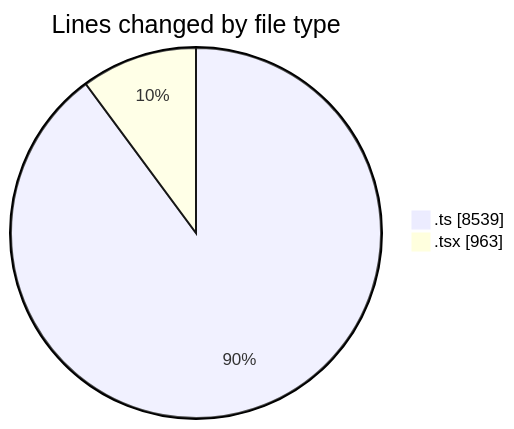
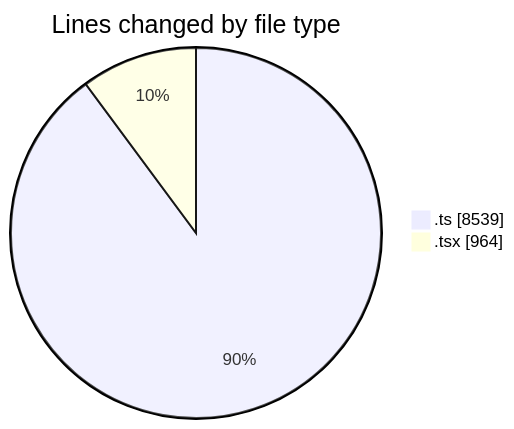
The first of 2 diagrams in 2025-07-14/cda/README.md (momahboobian/code-tracking), drawn with Mermaid before and after one commit. The commit also changed other lines of this file and 1 other file, not shown here.

````diff
--- a/2025-07-14/cda/README.md
+++ b/2025-07-14/cda/README.md
@@ -26,6 +26,6 @@
 ```mermaid
 pie showData
 title Lines changed by file type
 ".ts" : 8539
-".tsx" : 963
+".tsx" : 964
 ```
````
